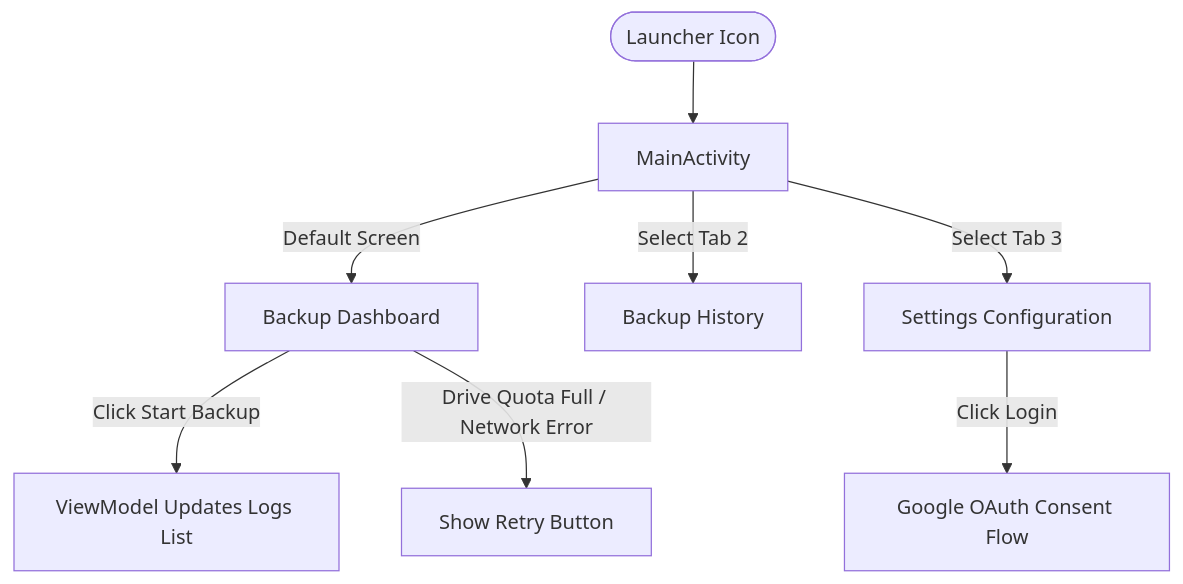
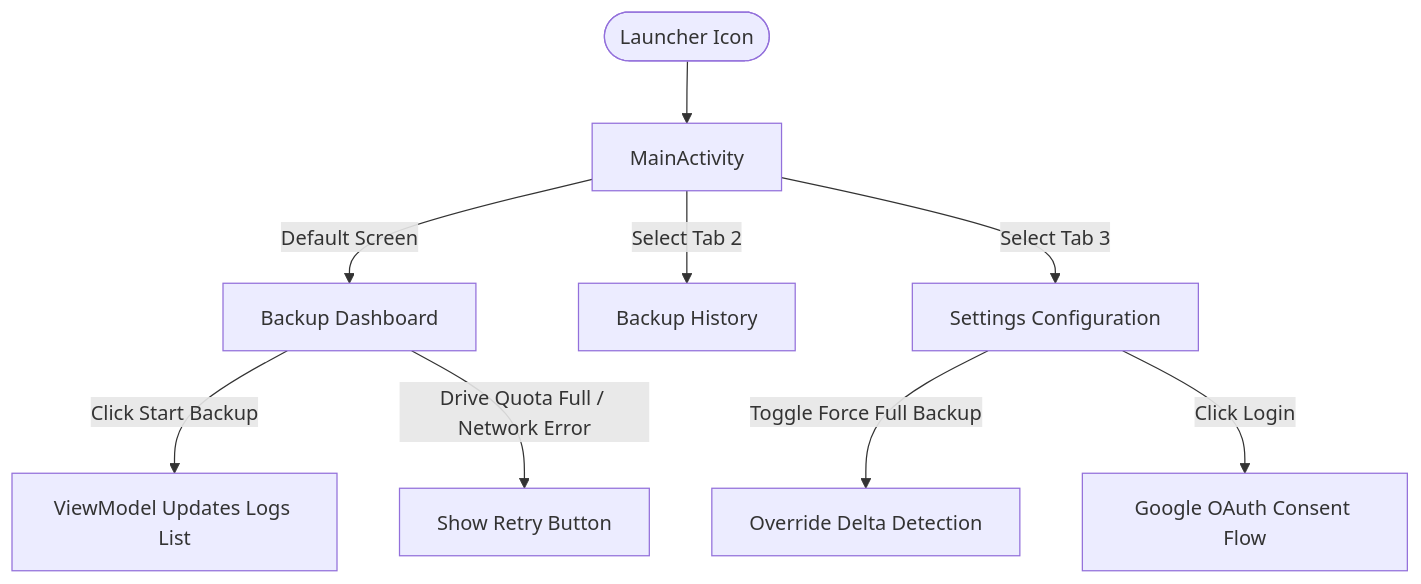
Before and after one commit to nandakumar-nandu/WABackupPro: the diagram in SCREENTOUR.md, drawn with Mermaid. The commit also changed other lines of this file and 14 other files, not shown here.

First line of the commit message:
feat: incremental backup with delta detection (skip already-uploaded files)

````diff
--- a/SCREENTOUR.md
+++ b/SCREENTOUR.md
@@ -55,11 +56,12 @@
 ```mermaid
 graph TD
     Launcher([Launcher Icon]) --> MainActivity[MainActivity]
     MainActivity -->|Default Screen| BackupFragment[Backup Dashboard]
     MainActivity -->|Select Tab 2| HistoryFragment[Backup History]
     MainActivity -->|Select Tab 3| SettingsFragment[Settings Configuration]
     
     BackupFragment -->|Click Start Backup| LogView[ViewModel Updates Logs List]
     BackupFragment -->|Drive Quota Full / Network Error| RetryButton[Show Retry Button]
+    SettingsFragment -->|Toggle Force Full Backup| DeltaSwitch[Override Delta Detection]
     SettingsFragment -->|Click Login| GoogleConsent[Google OAuth Consent Flow]
 ```
````
